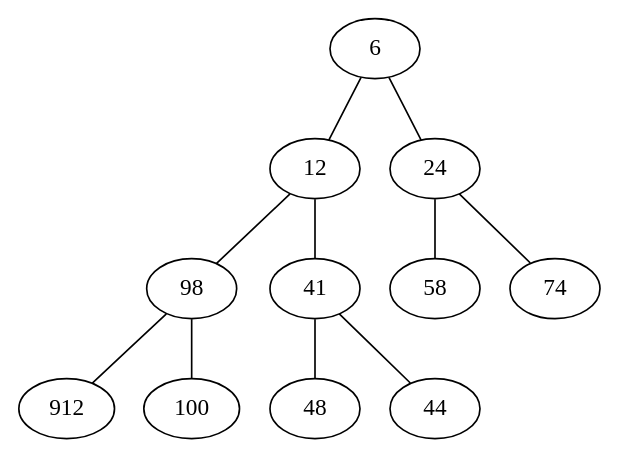
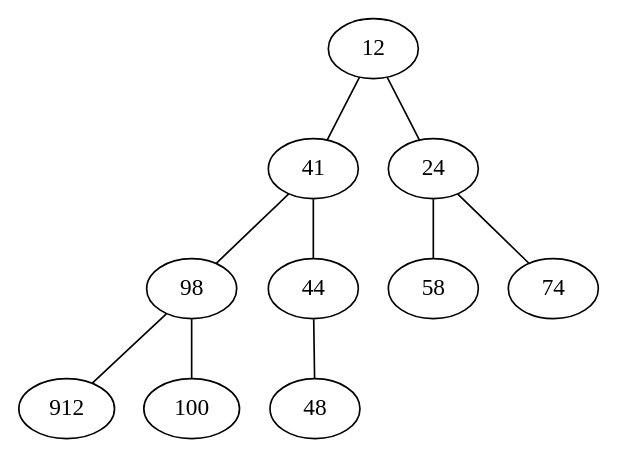
The diagram in tas_binaire/mathieu/graph_tas.dot (corentinckf/projetZ1), drawn with Graphviz before and after one commit. The commit also changed 6 other files, not shown here.

```diff
--- a/tas_binaire/mathieu/graph_tas.dot
+++ b/tas_binaire/mathieu/graph_tas.dot
@@ -1,12 +1,11 @@
 graph { 
-	6--12
-	6--24
-	12--98
 	12--41
+	12--24
+	41--98
+	41--44
 	24--58
 	24--74
 	98--912
 	98--100
-	41--48
-	41--44
+	44--48
 } 
```
